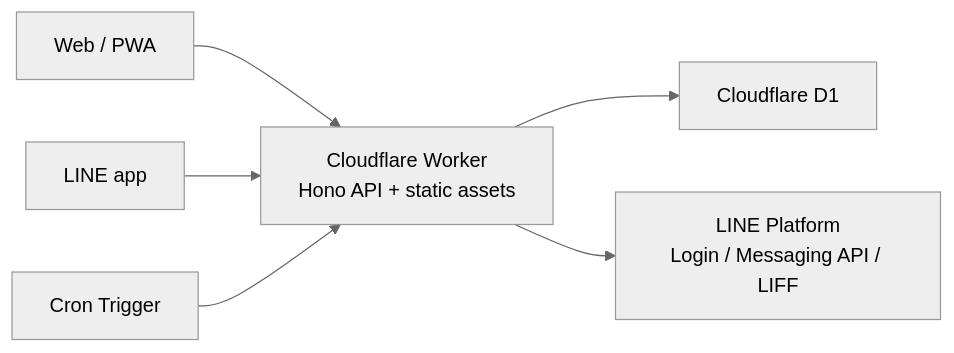
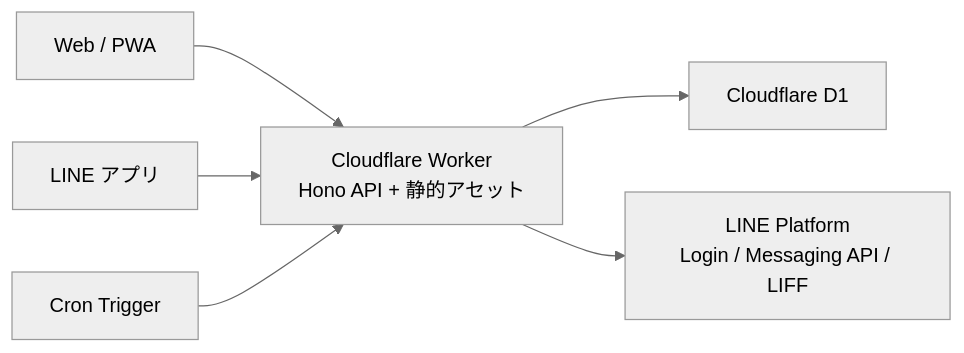
Before and after one commit to kinokomilk/petabo: the diagram in docs/ARCHITECTURE.md, drawn with Mermaid (neutral theme). The commit also changed other lines of this file and 5 other files, not shown here.

````diff
--- a/docs/ARCHITECTURE.md
+++ b/docs/ARCHITECTURE.md
@@ -5,8 +5,8 @@
 ```mermaid
 flowchart LR
-  Web["Web / PWA"] --> Worker["Cloudflare Worker\nHono API + static assets"]
-  Line["LINE app"] --> Worker
+  Web["Web / PWA"] --> Worker["Cloudflare Worker\nHono API + 静的アセット"]
+  Line["LINE アプリ"] --> Worker
   Worker --> D1["Cloudflare D1"]
   Worker --> LinePlatform["LINE Platform\nLogin / Messaging API / LIFF"]
   Cron["Cron Trigger"] --> Worker
 ```
````
